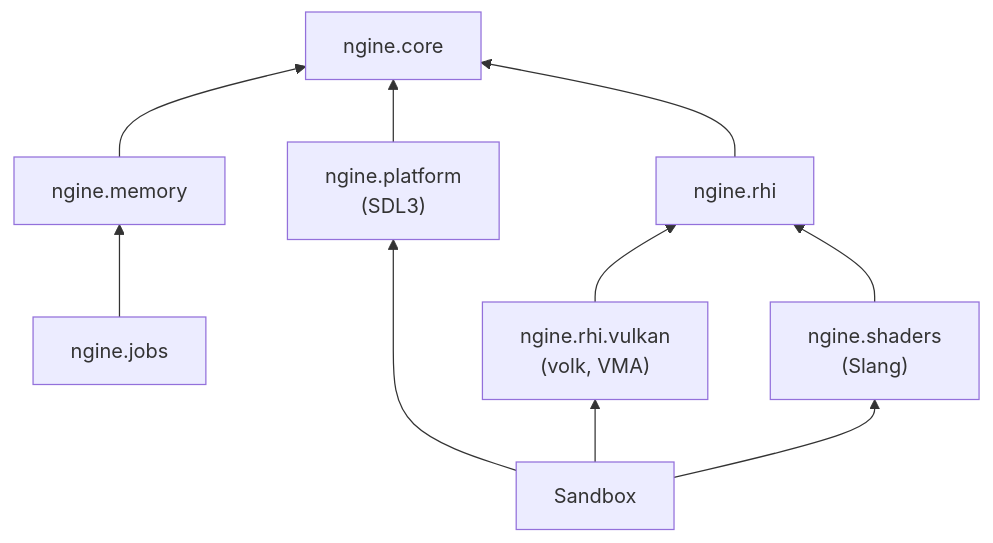
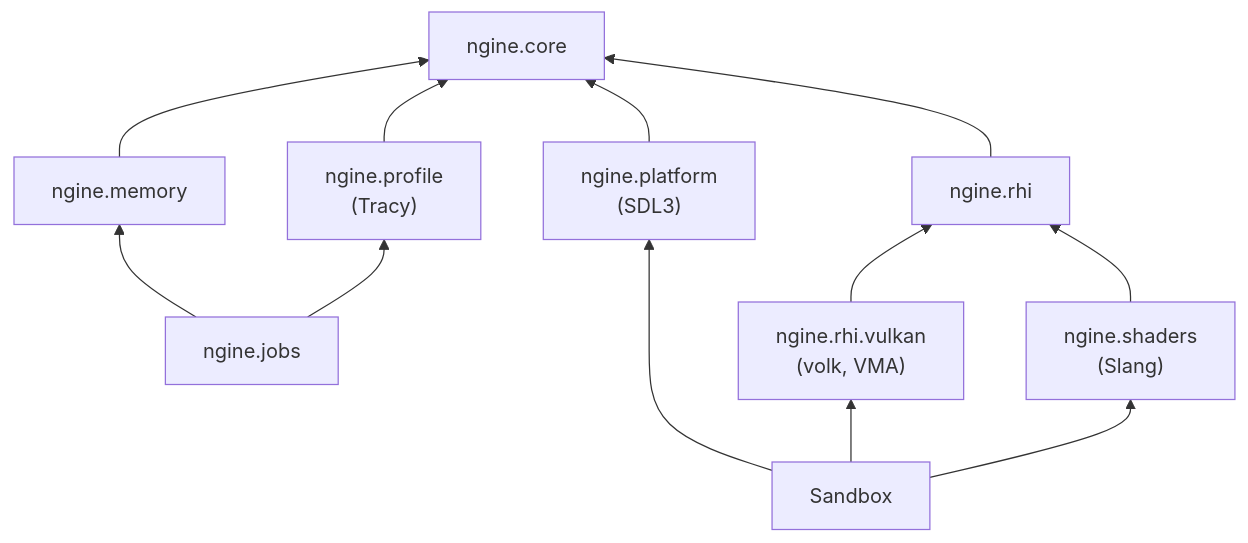
The second of 3 diagrams in docs/architecture.md (viiez/ngine), drawn with Mermaid before and after one commit. The commit also changed other lines of this file and 25 other files, not shown here.

First line of the commit message:
ngine.profile mit Tracy, Job-Demo in der Sandbox, TD-04 und TD-05

````diff
--- a/docs/architecture.md
+++ b/docs/architecture.md
@@ -38,20 +39,23 @@
 ```mermaid
 flowchart BT
     core["ngine.core"]
     memory["ngine.memory"]
     jobs["ngine.jobs"]
+    profile["ngine.profile<br/>(Tracy)"]
     platform["ngine.platform<br/>(SDL3)"]
     rhi["ngine.rhi"]
     vulkan["ngine.rhi.vulkan<br/>(volk, VMA)"]
     shaders["ngine.shaders<br/>(Slang)"]
     sandbox["Sandbox"]
     memory --> core
     jobs --> memory
+    jobs --> profile
+    profile --> core
     platform --> core
     rhi --> core
     vulkan --> rhi
     shaders --> rhi
     sandbox --> platform
     sandbox --> vulkan
     sandbox --> shaders
 ```
````
